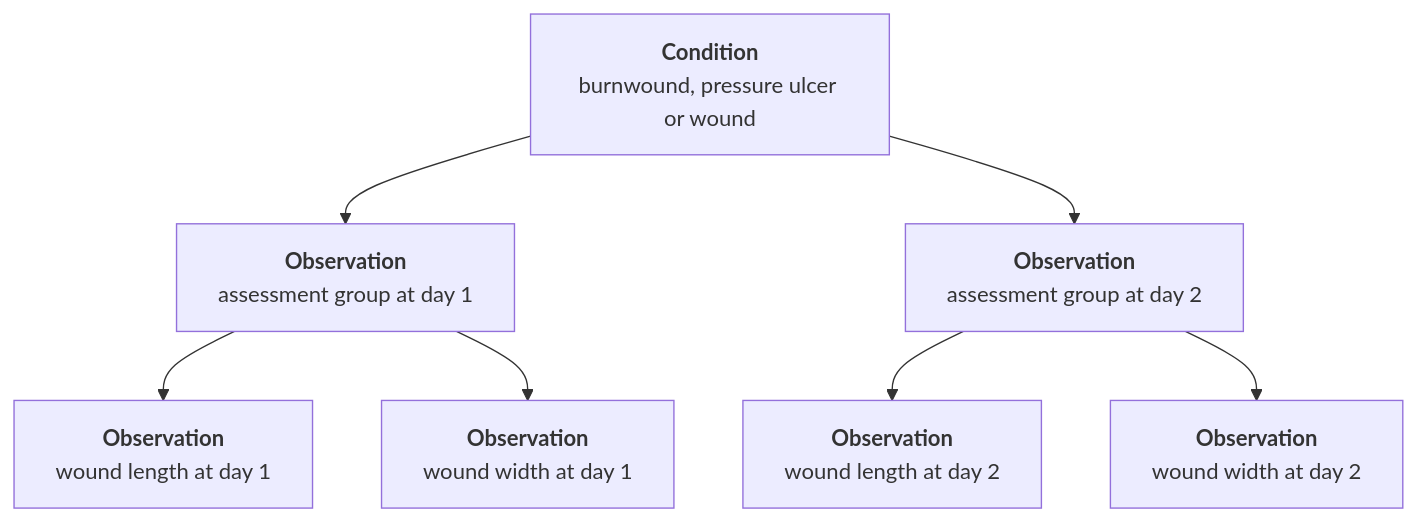
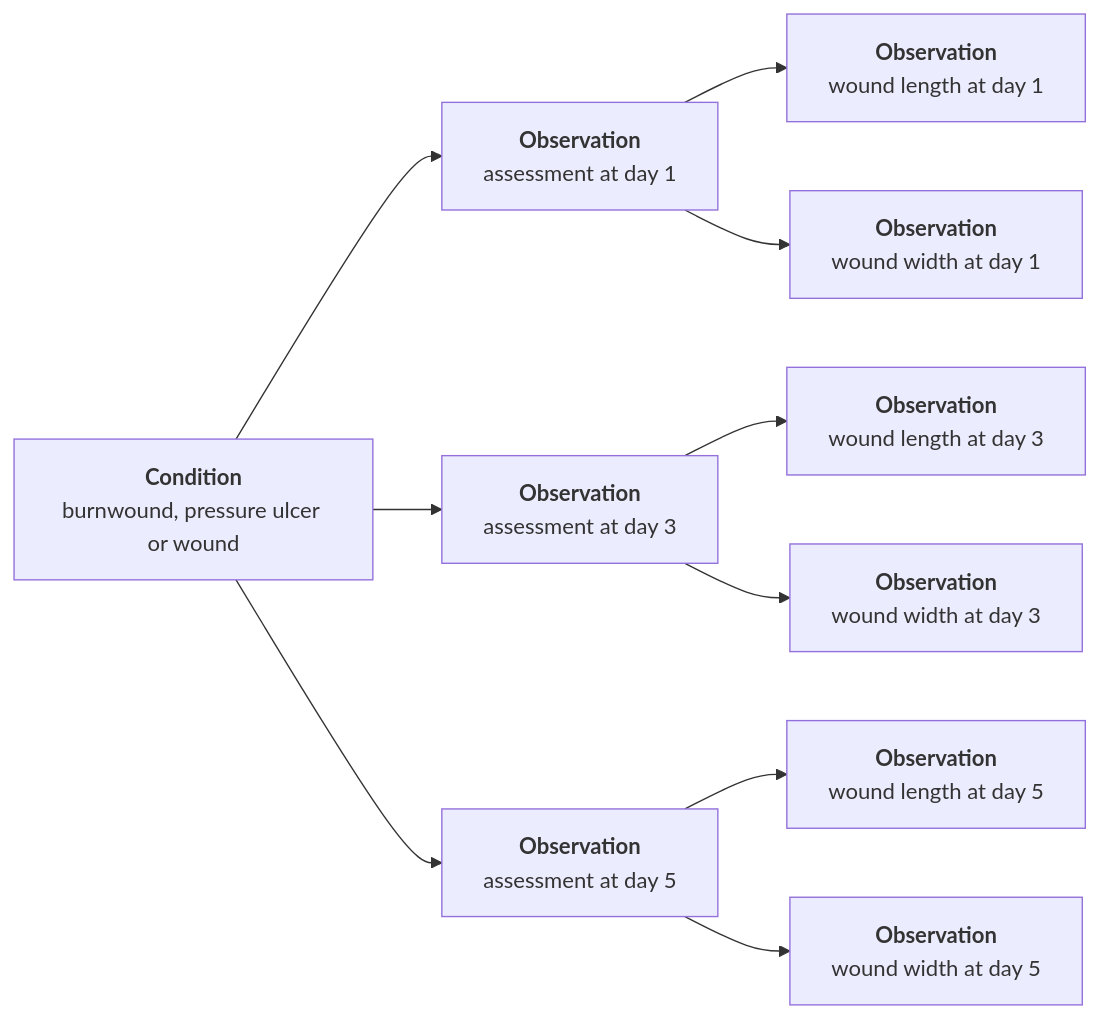
The first of 2 diagrams in documentation/Wound zibs.md (Nictiz/Nictiz-R4-zib2020), drawn with Mermaid before and after one commit. The commit also changed other lines of this file, not shown here.

Commit message:
Tweak documentation

````diff
--- a/documentation/Wound zibs.md
+++ b/documentation/Wound zibs.md
@@ -12,26 +12,37 @@
 ```mermaid
-graph TD
+graph LR
     Condition["`**Condition**
     burnwound, pressure ulcer or wound`"]
     
     Condition --> woundCharacteristics1
     Condition --> woundCharacteristics2
+    Condition --> woundCharacteristics3
+
     woundCharacteristics1["`**Observation**
-    assessment group at day 1`"]
+    assessment at day 1`"]
     length1["`**Observation**
     wound length at day 1`"]
     width1["`**Observation**
     wound width at day 1`"]
     woundCharacteristics1 -->length1
     woundCharacteristics1 -->width1
 
     woundCharacteristics2["`**Observation**
-    assessment group at day 2`"]
+    assessment at day 3`"]
     length2["`**Observation**
-    wound length at day 2`"]
+    wound length at day 3`"]
     width2["`**Observation**
-    wound width at day 2`"]
+    wound width at day 3`"]
     woundCharacteristics2 -->length2
     woundCharacteristics2 -->width2
 
+    woundCharacteristics3["`**Observation**
+    assessment at day 5`"]
+    length3["`**Observation**
+    wound length at day 5`"]
+    width3["`**Observation**
+    wound width at day 5`"]
+    woundCharacteristics3 -->length3
+    woundCharacteristics3 -->width3
+
 ```
````
